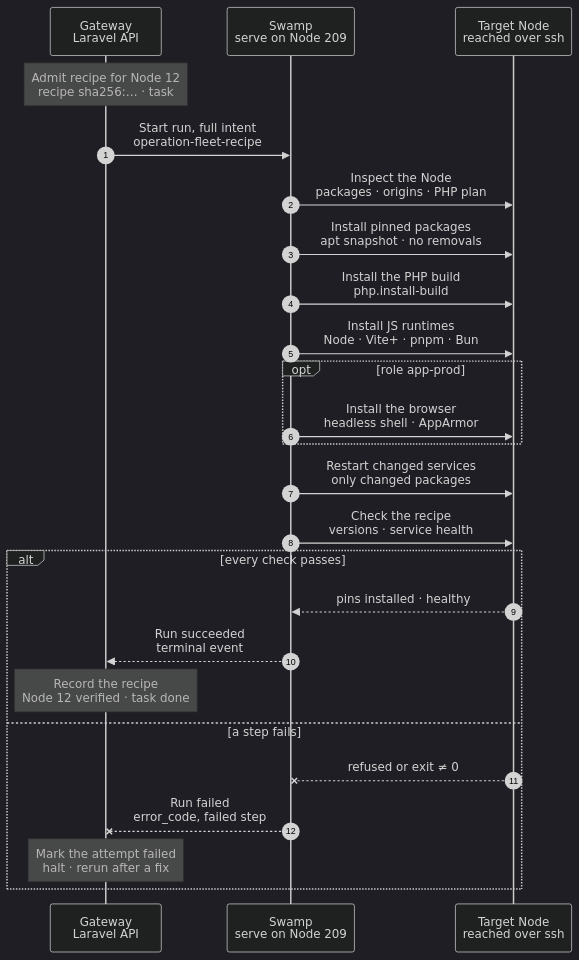
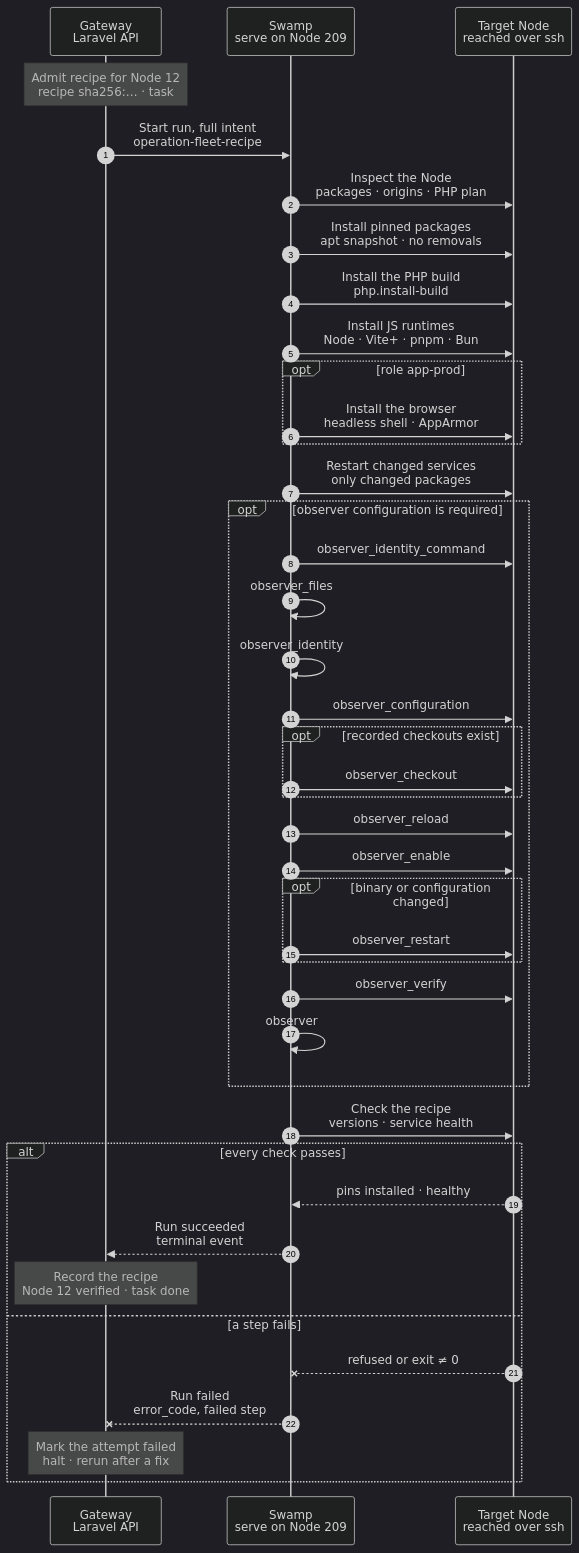
Before and after one commit to hardimpactdev/orbit: the diagram in docs/cli/fleet/recipe.mmd, drawn with Mermaid (dark theme). The commit also changed 16 other files, not shown here.

First line of the commit message:
refactor(fleet): replace observer and public file scripts

```diff
--- a/docs/cli/fleet/recipe.mmd
+++ b/docs/cli/fleet/recipe.mmd
@@ -1,100 +1,136 @@
 sequenceDiagram
   %% Target design: ADR 0244 task, DECISIONS R1-R4, single-swamp-node, Recall recipe-rollout-is-automatic. docs/reference/node-provisioning.md#converge-a-node-to-a-recipe.
   %% status: draft
   %% command: none · recipe rollout after a release
   %% kind: fleet.recipe
   autonumber
   %% lane GW icon=gateway pill=intent tone=blue
   %% lane SW icon=workflow pill=executes tone=green
   %% lane N icon=server pill=target tone=amber
   participant GW as Gateway<br/>Laravel API
   participant SW as Swamp<br/>serve on Node 209
   participant N as Target Node<br/>reached over ssh
   Note over GW: Admit recipe for Node 12<br/>recipe sha256:… · task #5161
   %%> When:
   %%> - a deployed release carries a new machine software recipe; the Gateway visits the rollout set one Node at a time, in its window
   %%> - an operator runs `php artisan node:converge-recipe 12` on the Gateway
   %%> Not included:
   %%> - no `orbit` command; no per-five-minute Swamp poll admits it
   %%> Requirements:
   %%> - Node 12 is an active managed Ubuntu Node on x86_64
   %%> - no other recipe or fleet rollout change runs on Node 12; the Gateway holds one lock per Node
   %%> - every role prerequisite is in the recipe, and no managed Tool constraint conflicts with it
   %%> What it decides:
   %%> - the desired pins: the union of Node 12's active role profiles; a roleless Node uses `operator`
   %%> Result:
   %%> - task #5161 recorded; the attempt is `unverified`; the last verified recipe stays recorded
   GW->>SW: Start run, full intent<br/>operation-fleet-recipe
   %%> What it does:
   %%> - starts one Swamp run on serve (Node 209)
   %%> Inputs:
   %%> - the pins: Ubuntu snapshot, packages, artifacts with URLs and SHA-256, PHP set, JavaScript runtimes, browser
   %%> - Node 12's address, SSH host keys and enrolled account; the SSH identity comes from the `swamp` role
   SW->>N: Inspect the Node<br/>packages · origins · PHP plan
   %%> How:
   %%> - Swamp reaches Node 12 over SSH from 209, with `@swamp/ssh`
   %%> What it does:
   %%> - reads installed packages and their origins, and asks `php.install-build` for its plan
   %%> Refuses:
   %%> - Docker CE (`node.recipe_docker_provider`), another PHP apt source or extra PHP packages (`node.recipe_php_refused`); then nothing changes
   SW->>N: Install pinned packages<br/>apt snapshot · no removals
   %%> What it does:
   %%> - installs missing or older Ubuntu packages and the exact artifacts, with package removal disabled, then `apt-get check`
   %%> - refreshes the snapshot indexes only when something needs installation
   %%> Busy apt lock:
   %%> - it waits for the lock within the run's time budget, then fails
   SW->>N: Install the PHP build<br/>php.install-build
   %%> When:
   %%> - only on Nodes whose roles run PHP: `app-dev`, `app-prod`, `websocket`, `gateway`
   %%> What it does:
   %%> - installs the pinned Sury build from Orbit's mirror, checks each FPM master, and puts the previous build back if a check fails
   SW->>N: Install JS runtimes<br/>Node · Vite+ · pnpm · Bun
   %%> What it does:
   %%> - installs the pinned runtimes from verified archives, without a downloaded installer
   %%> - removes a duplicate `nodejs` apt package only after the recipe runtime passes its check
   opt role app-prod
     SW->>N: Install the browser<br/>headless shell · AppArmor
     %%> What it does:
     %%> - installs the digest-pinned Chrome headless shell, root-owned, and loads its one AppArmor `userns` exception
     %%> If it fails:
     %%> - the previous AppArmor policy is put back
   end
   SW->>N: Restart changed services<br/>only changed packages
   %%> What it does:
   %%> - restarts only services of packages whose version changed; nothing else is touched
   %%> Why a restart:
   %%> - a new package version only runs after a restart; a reload keeps the old binary
+  opt observer configuration is required
+    SW->>N: observer_identity_command
+    %%> What it does:
+    %%> - reads only the existing agent key's SHA-256 with one bounded argv
+    SW->>SW: observer_files
+    %%> What it does:
+    %%> - renders the public files and compares the digest with the vault value, without returning that value
+    SW->>SW: observer_identity
+    %%> What it checks:
+    %%> - native assert stops publication on a digest mismatch
+    SW->>N: observer_configuration
+    %%> What it does:
+    %%> - one forEach publishes config.toml, ca.pem and orbit-agent.service through official cfgmgmt file
+    opt recorded checkouts exist
+      SW->>N: observer_checkout
+      %%> What it does:
+      %%> - one bounded find argv removes world access from existing .env files
+    end
+    SW->>N: observer_reload
+    %%> What it does:
+    %%> - reloads systemd's unit definitions
+    SW->>N: observer_enable
+    %%> What it does:
+    %%> - enables and starts orbit-agent.service
+    opt binary or configuration changed
+      SW->>N: observer_restart
+      %%> What it does:
+      %%> - restarts the observer to load the new binary or files
+    end
+    SW->>N: observer_verify
+    %%> What it does:
+    %%> - checks orbit-agent.service is active
+    SW->>SW: observer
+    %%> What it checks:
+    %%> - native assert confirms the observer actions succeeded
+  end
   SW->>N: Check the recipe<br/>versions · service health
   %%> What it does:
   %%> - checks every pinned version and the health of each affected service
   %%> Why:
   %%> - the recipe only counts as applied when Node 12 shows it
   %%> Not included:
   %%> - the CLI and the Node agent; `fleet.rollout` checks those
   alt every check passes
     N-->>SW: pins installed · healthy
     %%> Returns:
     %%> - the installed versions, and packages newer than the recipe
     SW-->>GW: Run succeeded<br/>terminal event
     %%> How the Gateway learns it:
     %%> - its shared run reader sees the terminal event; Swamp never calls the Gateway
     Note over GW: Record the recipe<br/>Node 12 verified · task done
     %%> Result:
     %%> - Node 12's verified recipe becomes this version; the attempt succeeds
     %%> - task #5161 succeeds, and the Gateway admits the next Node
   else a step fails
     N--xSW: refused or exit ≠ 0
     %%> When:
     %%> - a refusal at inspection, a package, PHP, runtime or browser step fails, or a check fails
     SW--xGW: Run failed<br/>error_code, failed step
     %%> The Gateway reads:
     %%> - which step failed and its error code
     Note over GW: Mark the attempt failed<br/>halt · rerun after a fix
     %%> Result:
     %%> - the attempt is marked failed; the last verified recipe stays recorded; task #5161 fails
     %%> - the recipe rollout halts, so later Nodes stay untouched, and an alert is raised
     %%> On the Node:
     %%> - packages installed before the failure stay; a failed PHP build is replaced by the previous one
     %%> Retry:
     %%> - safe: every step skips what is already at its pin; it is a new task
   end
```
